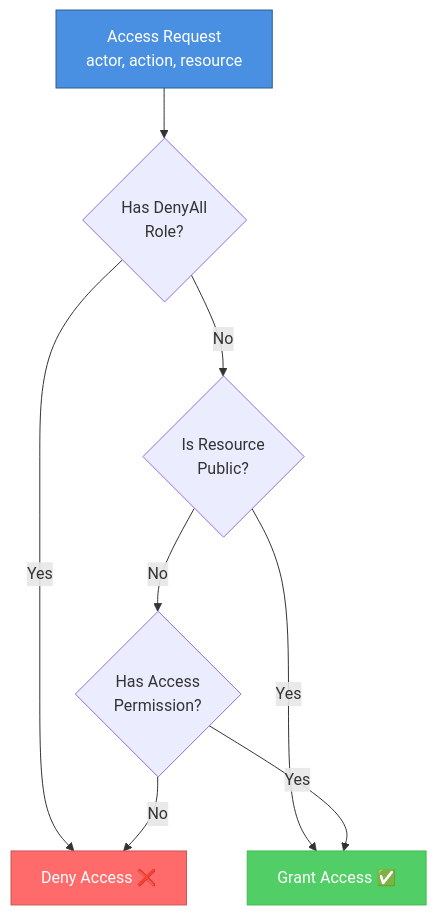
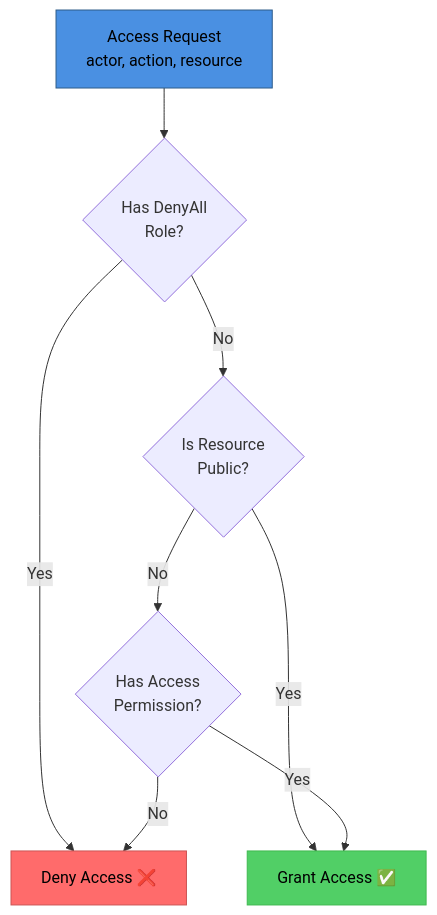
The fifth of 5 diagrams in README.md (iconifyit/vectoricons-base-public), drawn with Mermaid before and after one commit. The commit also changed other lines of this file and 2 other files, not shown here.

````diff
--- a/README.md
+++ b/README.md
@@ -289,16 +289,16 @@
 ```mermaid
 flowchart TD
     REQUEST[Access Request<br/>actor, action, resource] --> DENYALL{Has DenyAll<br/>Role?}
     DENYALL -->|Yes| DENY[Deny Access ❌]
     DENYALL -->|No| PUBLIC{Is Resource<br/>Public?}
 
     PUBLIC -->|Yes| GRANT[Grant Access ✅]
     PUBLIC -->|No| PERMISSION{Has Access<br/>Permission?}
 
     PERMISSION -->|Yes| GRANT
     PERMISSION -->|No| DENY[Deny Access ❌]
 
-    style DENY fill:#FF6B6B,stroke:#cc5555,color:#fff
-    style GRANT fill:#51CF66,stroke:#3fb950,color:#fff
-    style REQUEST fill:#4A90E2,stroke:#2E5C8A,color:#fff
+    style DENY fill:#FF6B6B,stroke:#cc5555,color:#000
+    style GRANT fill:#51CF66,stroke:#3fb950,color:#000
+    style REQUEST fill:#4A90E2,stroke:#2E5C8A,color:#000
 ```
````
